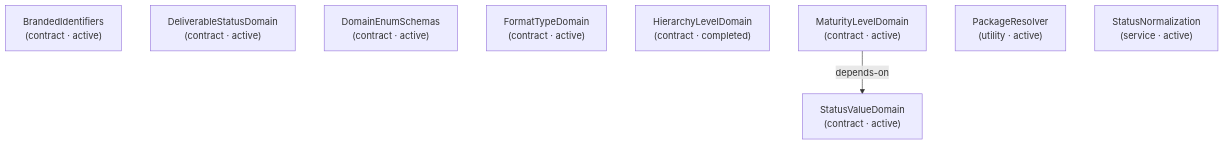
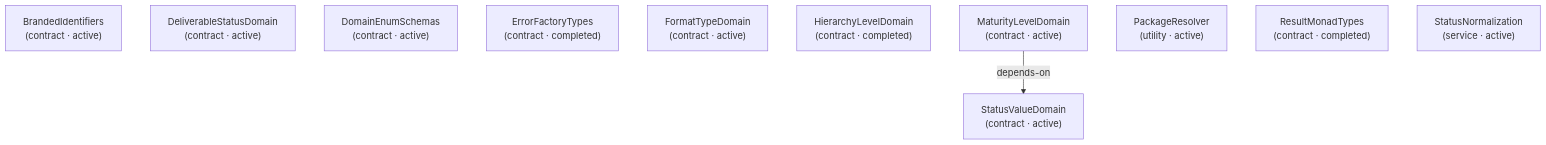
The eighth of 24 diagrams in docs-live/DESIGN-REVIEW.md (libar-dev/architect), drawn with Mermaid before and after one commit. The commit also changed other lines of this file and 185 other files, not shown here.

Commit message:
refactor(architect): replace facade with frozen graph handle

````diff
--- a/docs-live/DESIGN-REVIEW.md
+++ b/docs-live/DESIGN-REVIEW.md
@@ -251,13 +249,15 @@
 ```mermaid
 graph TD
   brandedidentifiers["BrandedIdentifiers<br/>(contract · active)"]
   deliverablestatusdomain["DeliverableStatusDomain<br/>(contract · active)"]
   domainenumschemas["DomainEnumSchemas<br/>(contract · active)"]
+  errorfactorytypes["ErrorFactoryTypes<br/>(contract · completed)"]
   formattypedomain["FormatTypeDomain<br/>(contract · active)"]
   hierarchyleveldomain["HierarchyLevelDomain<br/>(contract · completed)"]
   maturityleveldomain["MaturityLevelDomain<br/>(contract · active)"]
   packageresolver["PackageResolver<br/>(utility · active)"]
+  resultmonadtypes["ResultMonadTypes<br/>(contract · completed)"]
   statusnormalization["StatusNormalization<br/>(service · active)"]
   statusvaluedomain["StatusValueDomain<br/>(contract · active)"]
   maturityleveldomain -->|depends-on| statusvaluedomain
 ```
````
